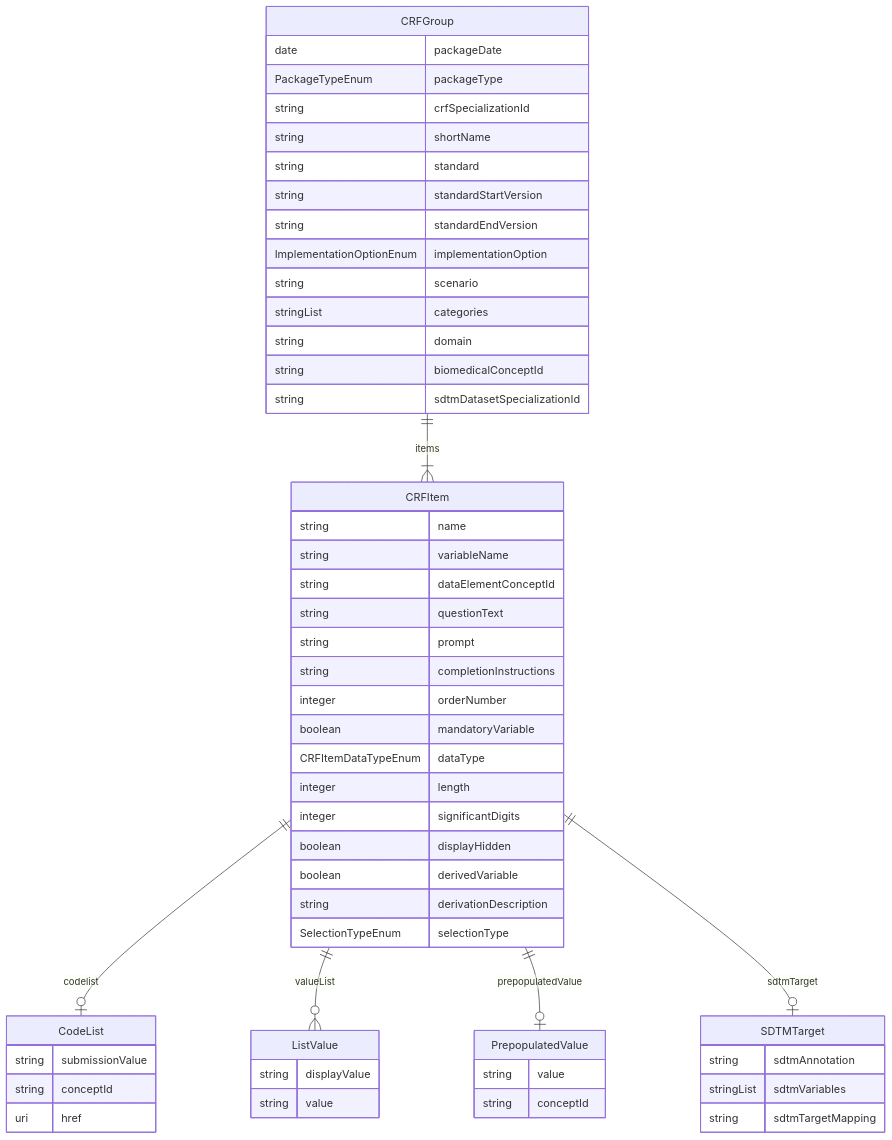
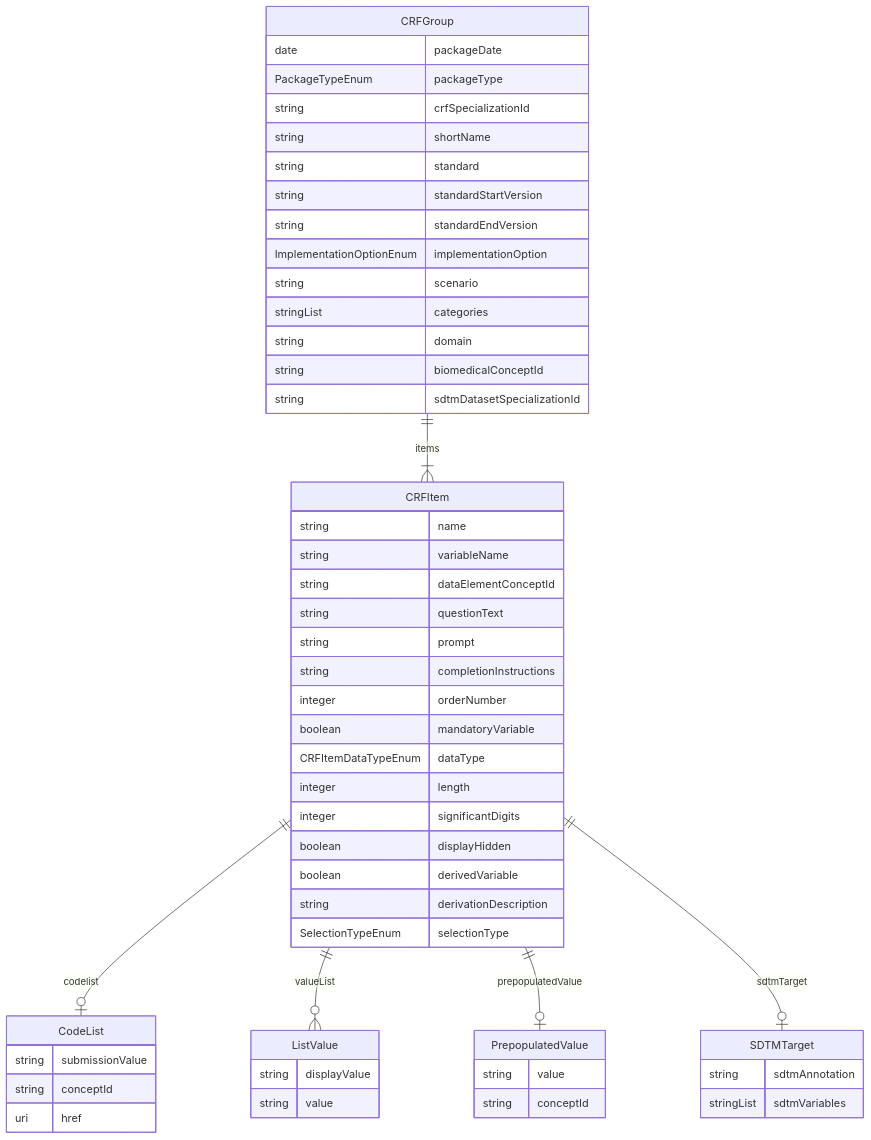
Before and after one commit to cdisc-org/COSMoS: the diagram in model/cosmos_crf_model.md, drawn with Mermaid. The commit also changed 17 other files, not shown here.

Commit message:
remove sdtm_mapping from crf

````diff
--- a/model/cosmos_crf_model.md
+++ b/model/cosmos_crf_model.md
@@ -1,60 +1,59 @@
 ```mermaid
 erDiagram
 CRFGroup {
     date packageDate  
     PackageTypeEnum packageType  
     string crfSpecializationId  
     string shortName  
     string standard  
     string standardStartVersion  
     string standardEndVersion  
     ImplementationOptionEnum implementationOption  
     string scenario  
     stringList categories  
     string domain  
     string biomedicalConceptId  
     string sdtmDatasetSpecializationId  
 }
 CRFItem {
     string name  
     string variableName  
     string dataElementConceptId  
     string questionText  
     string prompt  
     string completionInstructions  
     integer orderNumber  
     boolean mandatoryVariable  
     CRFItemDataTypeEnum dataType  
     integer length  
     integer significantDigits  
     boolean displayHidden  
     boolean derivedVariable  
     string derivationDescription  
     SelectionTypeEnum selectionType  
 }
 ListValue {
     string displayValue  
     string value  
 }
 PrepopulatedValue {
     string value  
     string conceptId  
 }
 CodeList {
     string submissionValue  
     string conceptId  
     uri href  
 }
 SDTMTarget {
     string sdtmAnnotation  
     stringList sdtmVariables  
-    string sdtmTargetMapping  
 }
 
 CRFGroup ||--}| CRFItem : "items"
 CRFItem ||--|o CodeList : "codelist"
 CRFItem ||--}o ListValue : "valueList"
 CRFItem ||--|o PrepopulatedValue : "prepopulatedValue"
 CRFItem ||--|o SDTMTarget : "sdtmTarget"
 
 ```
````
